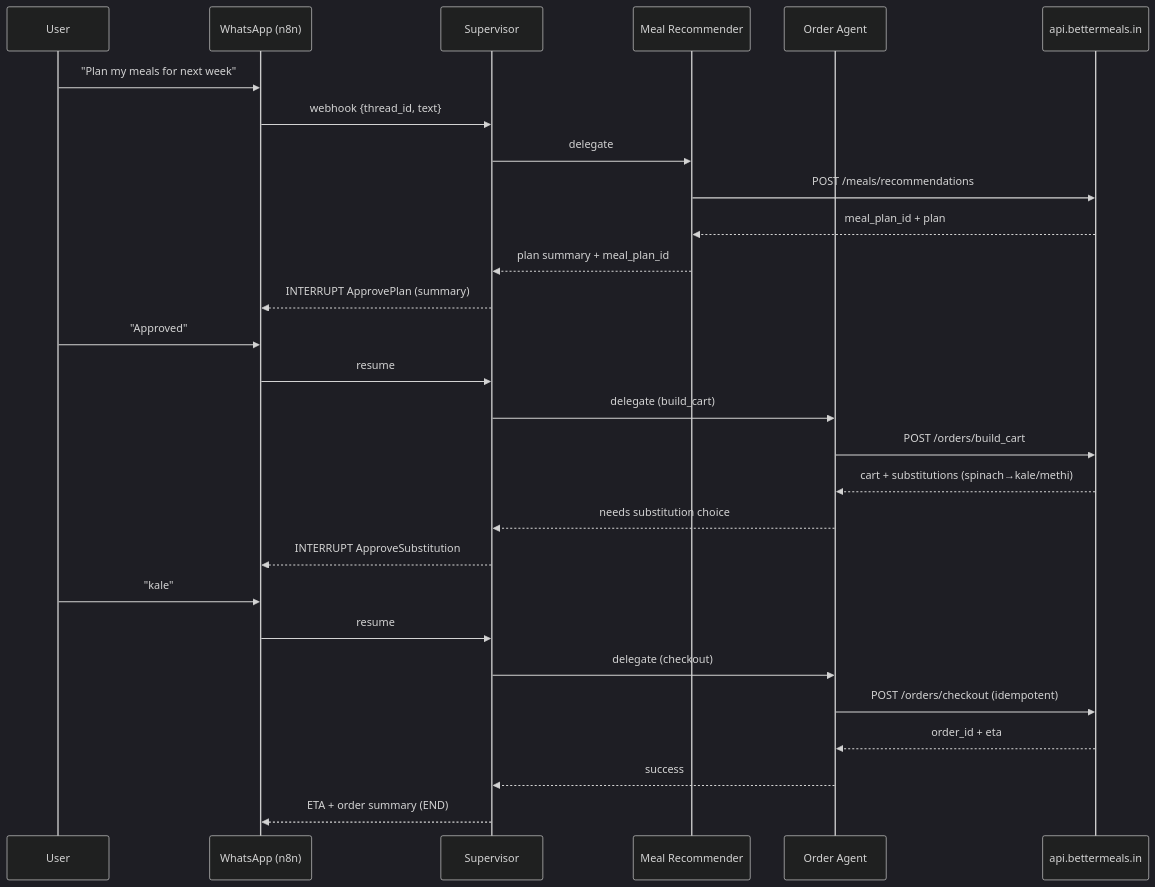
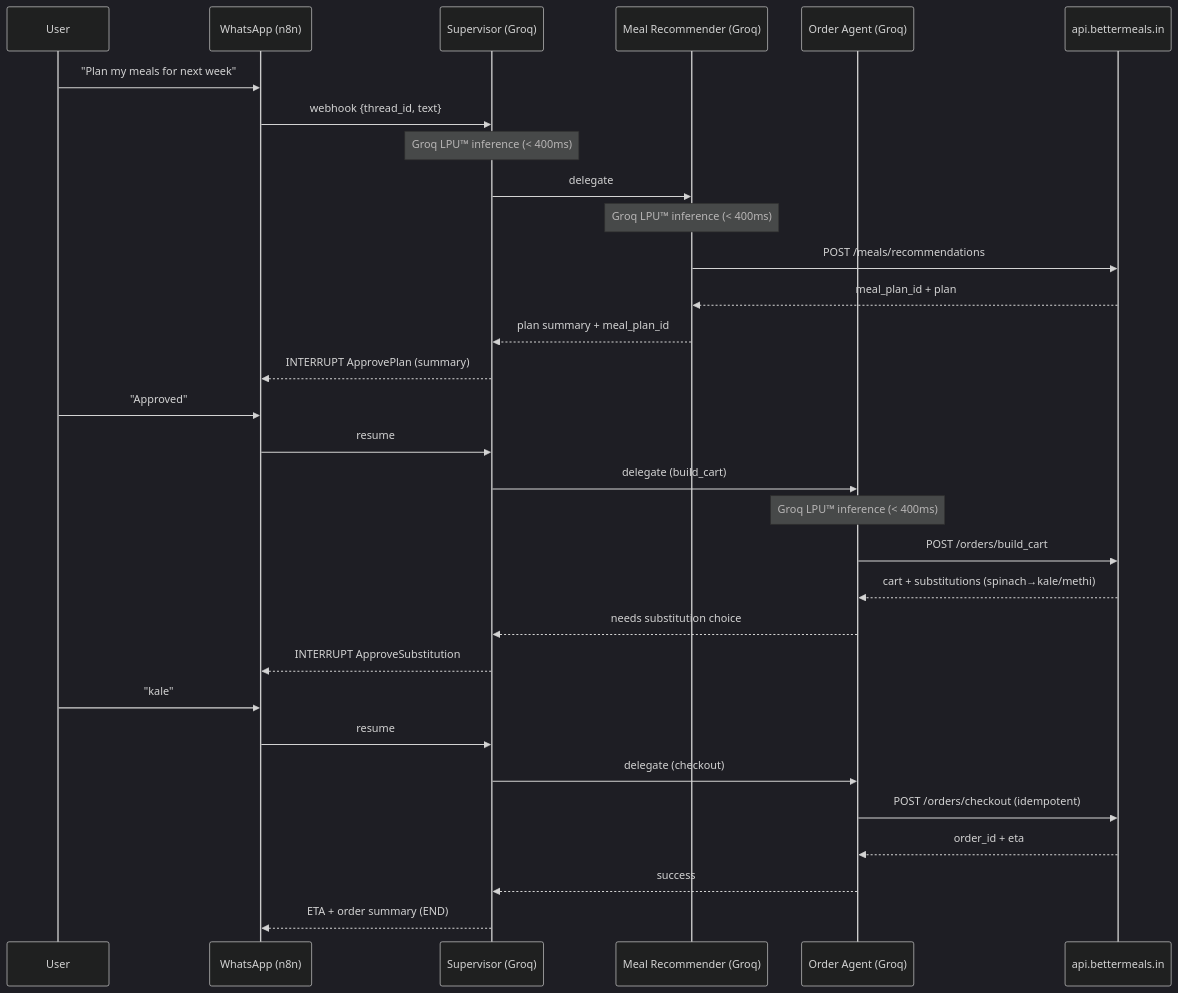
Before and after one commit to AaradhyaSaxena/bettermeals-agent: the first of 2 diagrams in README.md, drawn with Mermaid (dark theme). The commit also changed other lines of this file, not shown here.

````diff
--- a/README.md
+++ b/README.md
@@ -258,31 +346,34 @@
 ```mermaid
 sequenceDiagram
   participant User
   participant WA as WhatsApp (n8n)
-  participant Sup as Supervisor
-  participant Rec as Meal Recommender
-  participant Ord as Order Agent
+  participant Sup as Supervisor (Groq)
+  participant Rec as Meal Recommender (Groq)
+  participant Ord as Order Agent (Groq)
   participant API as api.bettermeals.in
 
   User->>WA: "Plan my meals for next week"
   WA->>Sup: webhook {thread_id, text}
+  Note over Sup: Groq LPU™ inference (< 400ms)
   Sup->>Rec: delegate
+  Note over Rec: Groq LPU™ inference (< 400ms)
   Rec->>API: POST /meals/recommendations
   API-->>Rec: meal_plan_id + plan
   Rec-->>Sup: plan summary + meal_plan_id
   Sup-->>WA: INTERRUPT ApprovePlan (summary)
   User->>WA: "Approved"
   WA->>Sup: resume
   Sup->>Ord: delegate (build_cart)
+  Note over Ord: Groq LPU™ inference (< 400ms)
   Ord->>API: POST /orders/build_cart
   API-->>Ord: cart + substitutions (spinach→kale/methi)
   Ord-->>Sup: needs substitution choice
   Sup-->>WA: INTERRUPT ApproveSubstitution
   User->>WA: "kale"
   WA->>Sup: resume
   Sup->>Ord: delegate (checkout)
   Ord->>API: POST /orders/checkout (idempotent)
   API-->>Ord: order_id + eta
   Ord-->>Sup: success
   Sup-->>WA: ETA + order summary (END)
 ```
````
